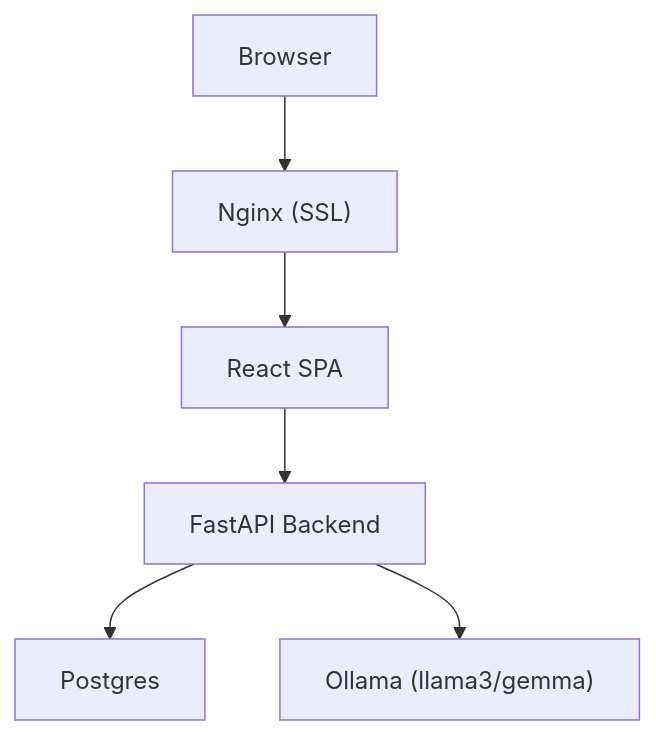
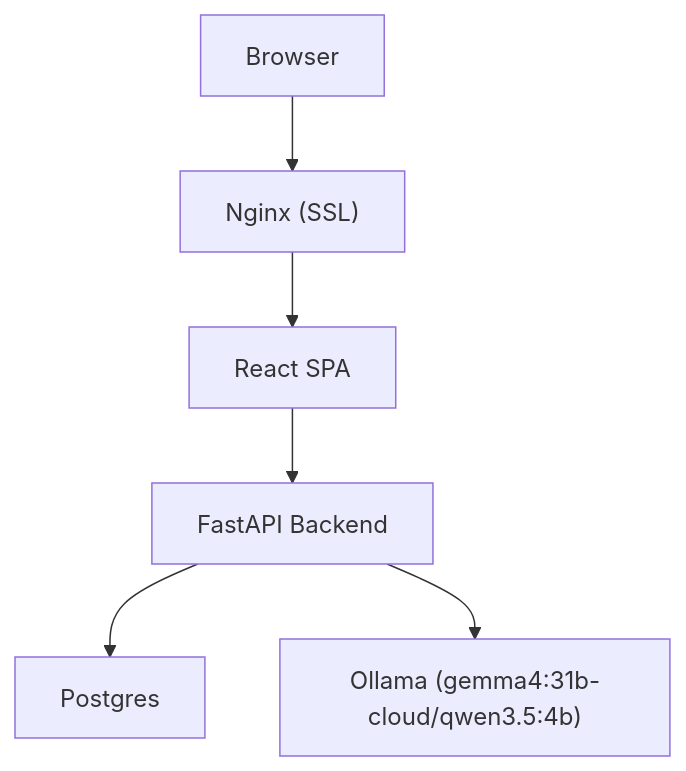
One commit to Revanththetalogics/aireume changed the second of 9 diagrams in .qoder/repowiki/en/content/Technology Stack.md. Above: the diagram before and after it, drawn with Mermaid. The commit also changed other lines of this file and 14 other files, not shown here.

````diff
--- a/.qoder/repowiki/en/content/Technology Stack.md
+++ b/.qoder/repowiki/en/content/Technology Stack.md
@@ -124,8 +133,8 @@
 ```mermaid
 graph TB
 Browser["Browser"] --> Nginx["Nginx (SSL)"]
 Nginx --> FE["React SPA"]
 FE --> BE["FastAPI Backend"]
 BE --> DB["Postgres"]
-BE --> LLM["Ollama (llama3/gemma)"]
+BE --> LLM["Ollama (gemma4:31b-cloud/qwen3.5:4b)"]
 ```
````
